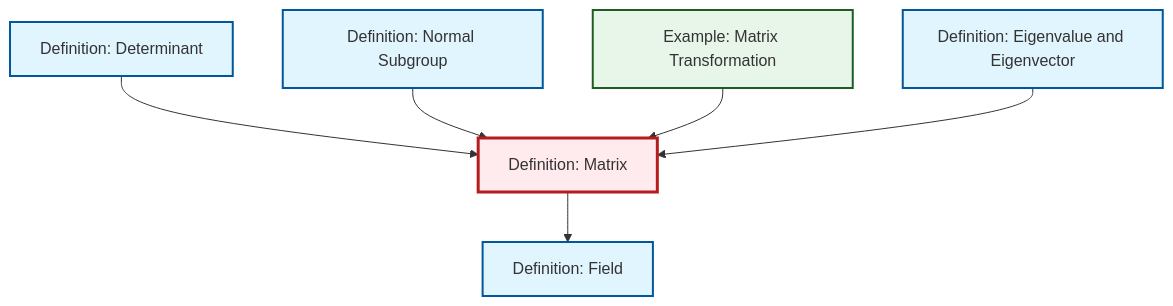
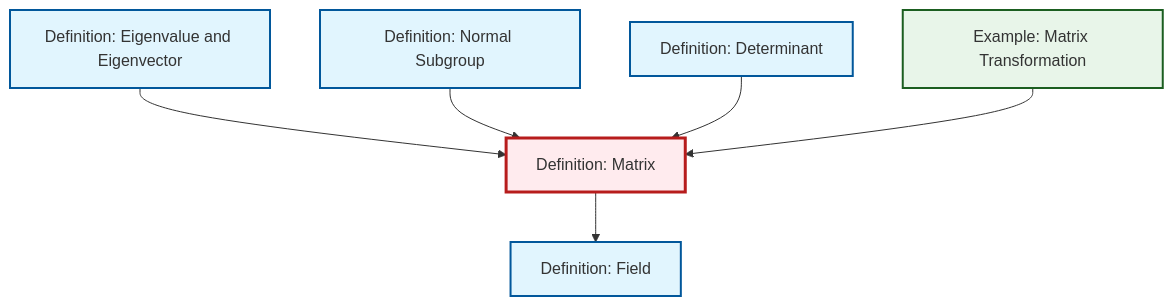
One commit to RK0429/ModernMath changed the diagram in content/en/algebra/def-matrix.qmd. Above: the diagram before and after it, drawn with Mermaid. The commit also changed other lines of this file and 672 other files, not shown here.

````diff
--- a/content/en/algebra/def-matrix.qmd
+++ b/content/en/algebra/def-matrix.qmd
@@ -59,26 +59,26 @@
 ```{mermaid}
 %%| fig-cap: "Local dependency graph"
 graph TD
     classDef definition fill:#e1f5fe,stroke:#01579b,stroke-width:2px
     classDef theorem fill:#f3e5f5,stroke:#4a148c,stroke-width:2px
     classDef axiom fill:#fff3e0,stroke:#e65100,stroke-width:2px
     classDef example fill:#e8f5e9,stroke:#1b5e20,stroke-width:2px
     classDef current fill:#ffebee,stroke:#b71c1c,stroke-width:3px
-    def-field["Definition: Field"]:::definition
+    def-normal-subgroup["Definition: Normal Subgroup"]:::definition
+    def-determinant["Definition: Determinant"]:::definition
     def-eigenvalue-eigenvector["Definition: Eigenvalue and Eigenvector"]:::definition
     def-matrix["Definition: Matrix"]:::definition
-    def-normal-subgroup["Definition: Normal Subgroup"]:::definition
-    def-determinant["Definition: Determinant"]:::definition
+    def-field["Definition: Field"]:::definition
     ex-matrix-transformation["Example: Matrix Transformation"]:::example
-    def-determinant --> def-matrix
-    def-normal-subgroup --> def-matrix
-    ex-matrix-transformation --> def-matrix
     def-eigenvalue-eigenvector --> def-matrix
     def-matrix --> def-field
+    def-normal-subgroup --> def-matrix
+    def-determinant --> def-matrix
+    ex-matrix-transformation --> def-matrix
     class def-matrix current
-    click def-field "def-field.html" "Go to Field definition"
-    click def-eigenvalue-eigenvector "def-eigenvalue-eigenvector.html" "Go to Eigenvalue and Eigenvector definition"
     click def-normal-subgroup "def-normal-subgroup.html" "Go to Normal Subgroup definition"
     click def-determinant "def-determinant.html" "Go to Determinant definition"
+    click def-eigenvalue-eigenvector "def-eigenvalue-eigenvector.html" "Go to Eigenvalue and Eigenvector definition"
+    click def-field "def-field.html" "Go to Field definition"
     click ex-matrix-transformation "ex-matrix-transformation.html" "Go to Matrix Transformation example"
 ```
````
